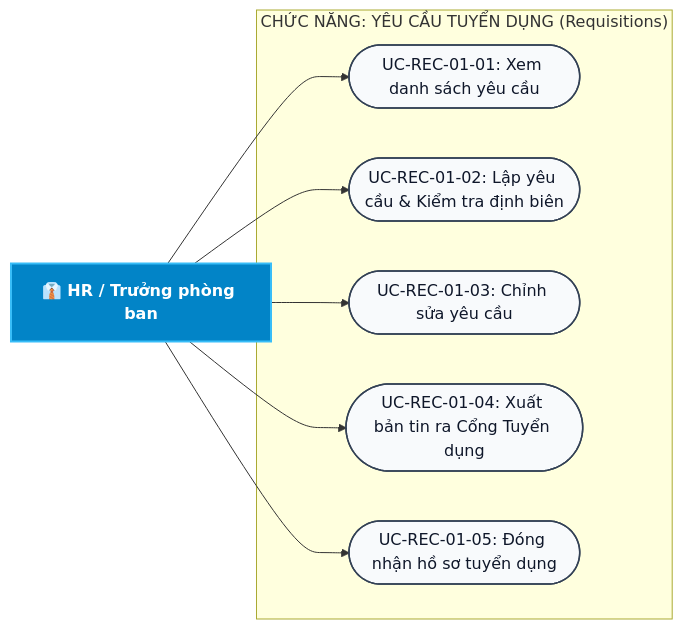
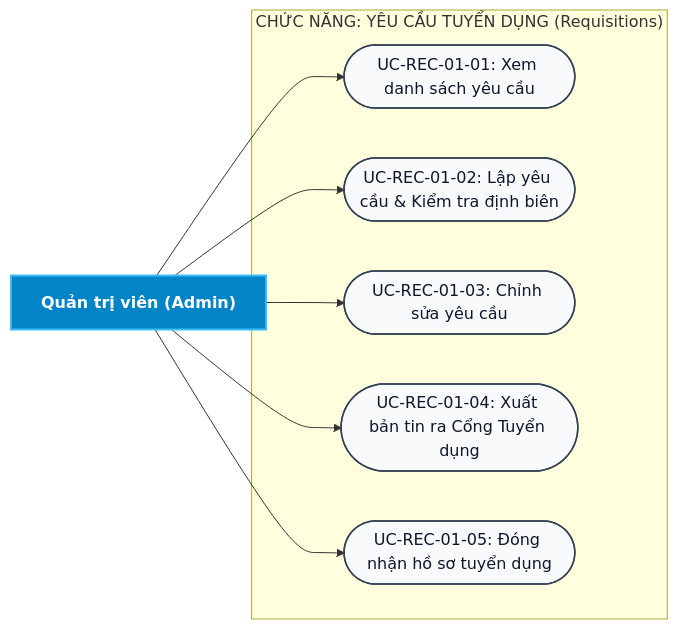
Before and after one commit to aye2710/HRM-DATN: the seventh of 46 diagrams in docs/Các biểu đồ/So_Do_Use_Case_Tong_Quat_HRM.md, drawn with Mermaid. The commit also changed other lines of this file and 69 other files, not shown here.

First line of the commit message:
feat(ess,auth,docs): isolate portal auth, upgrade employee portal UI & sync diagrams

````diff
--- a/docs/Các biểu đồ/So_Do_Use_Case_Tong_Quat_HRM.md
+++ b/docs/Các biểu đồ/So_Do_Use_Case_Tong_Quat_HRM.md
@@ -416,23 +470,23 @@
 ```mermaid
 flowchart LR
-    ADMIN["👔 HR / Trưởng phòng ban"]
+    ADMIN["Quản trị viên (Admin)"]
 
     subgraph FUNC_REQ ["CHỨC NĂNG: YÊU CẦU TUYỂN DỤNG (Requisitions)"]
         UC1(["UC-REC-01-01: Xem danh sách yêu cầu"])
         UC2(["UC-REC-01-02: Lập yêu cầu & Kiểm tra định biên"])
         UC3(["UC-REC-01-03: Chỉnh sửa yêu cầu"])
         UC4(["UC-REC-01-04: Xuất bản tin ra Cổng Tuyển dụng"])
         UC5(["UC-REC-01-05: Đóng nhận hồ sơ tuyển dụng"])
     end
 
     ADMIN --> UC1
     ADMIN --> UC2
     ADMIN --> UC3
     ADMIN --> UC4
     ADMIN --> UC5
 
     classDef actor fill:#0284c7,stroke:#38bdf8,stroke-width:2px,color:#ffffff,font-weight:bold;
     classDef uc fill:#f8fafc,stroke:#334155,stroke-width:1.5px,color:#0f172a;
     class ADMIN actor;
     class UC1,UC2,UC3,UC4,UC5 uc;
 ```
````
